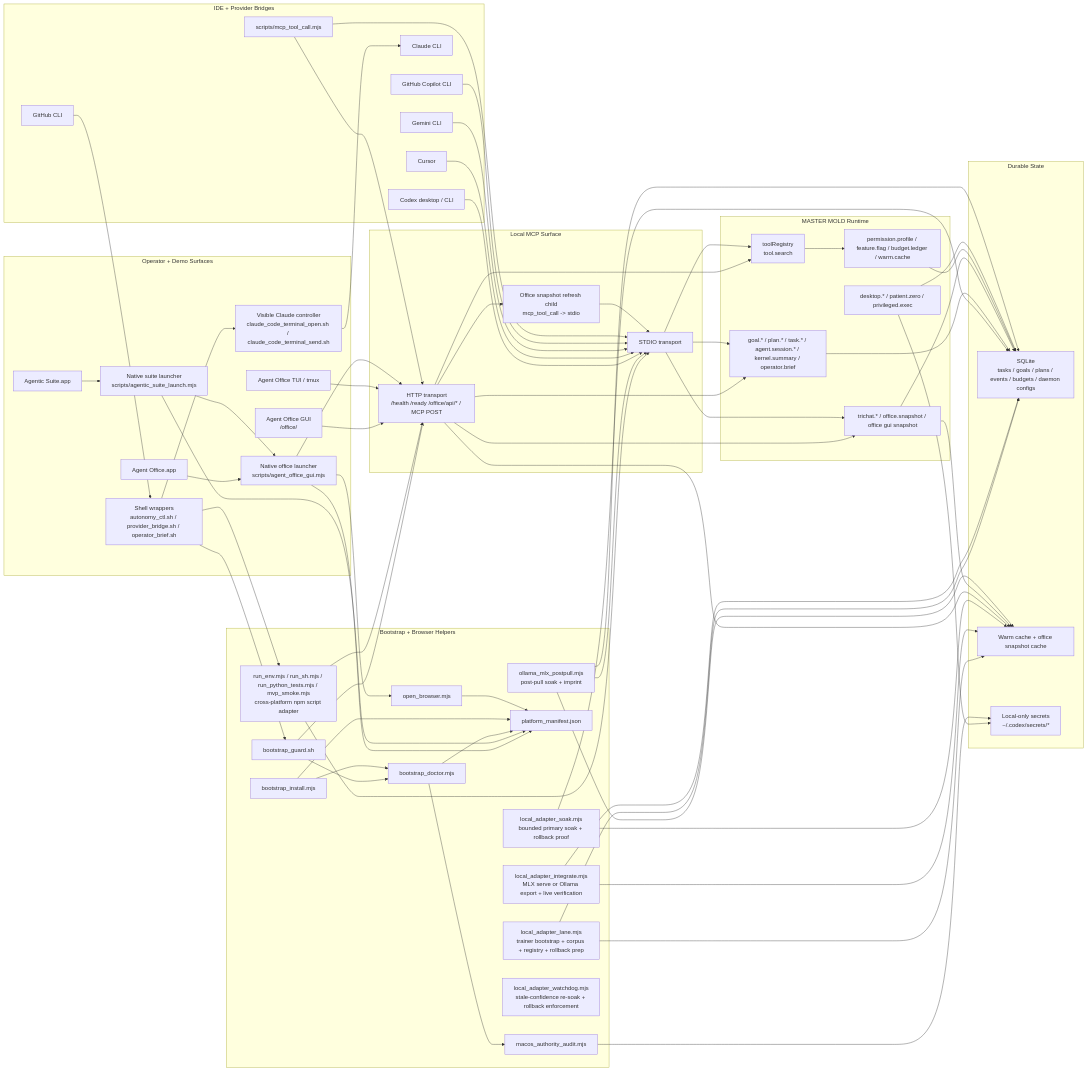
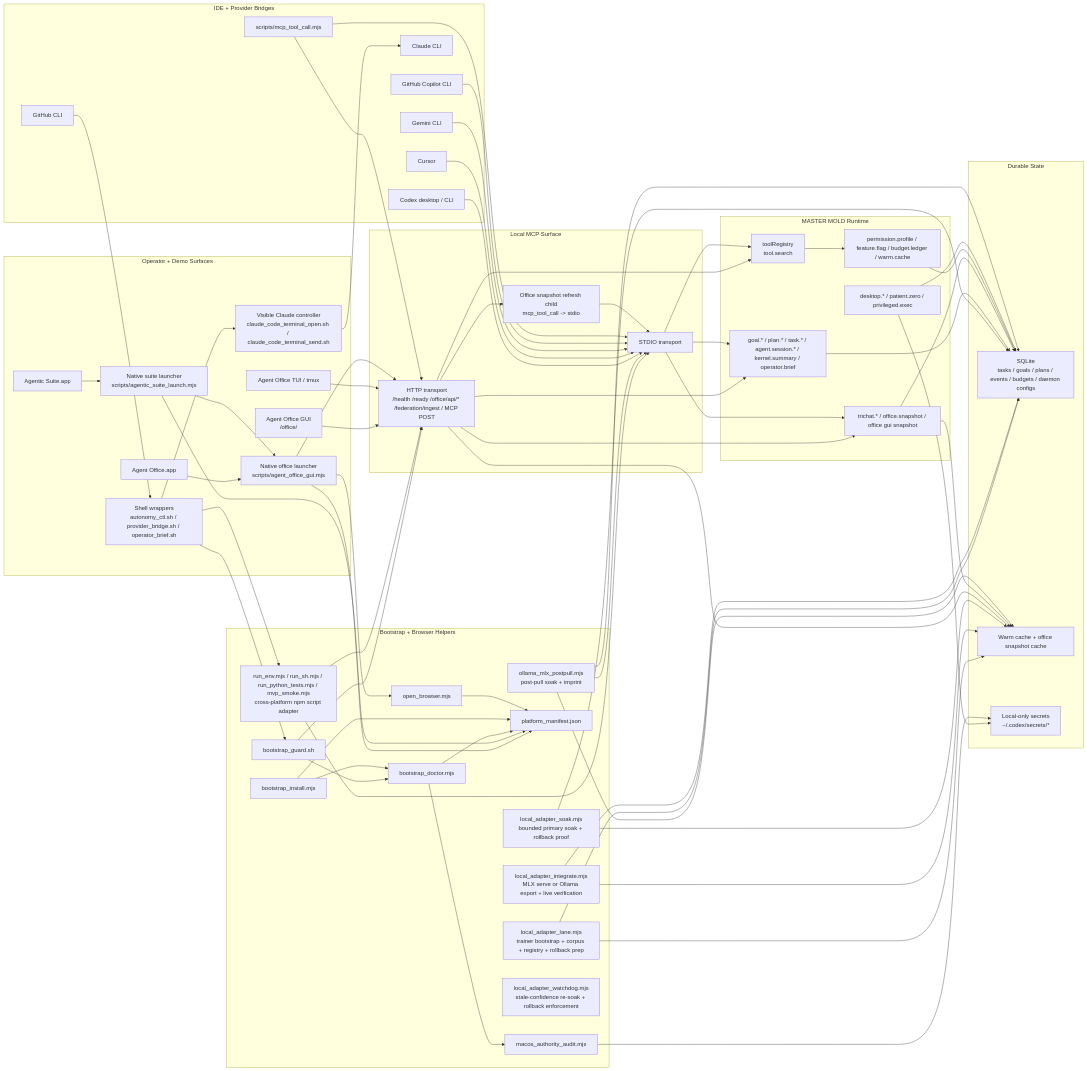
The first of 6 diagrams in docs/SYSTEM_INTERCONNECTS.md (driverd12/MCPlayground---Core-Template), drawn with Mermaid before and after one commit. The commit also changed other lines of this file and 8 other files, not shown here.

Commit message:
Add signed MCP federation sidecar

```diff
--- a/docs/SYSTEM_INTERCONNECTS.md
+++ b/docs/SYSTEM_INTERCONNECTS.md
@@ -45,7 +45,7 @@
   end
 
   subgraph MCP["Local MCP Surface"]
-    HTTP["HTTP transport<br/>/health /ready /office/api/* / MCP POST"]
+    HTTP["HTTP transport<br/>/health /ready /office/api/* /federation/ingest / MCP POST"]
     SnapshotChild["Office snapshot refresh child<br/>mcp_tool_call -> stdio"]
     STDIO["STDIO transport"]
   end
```
